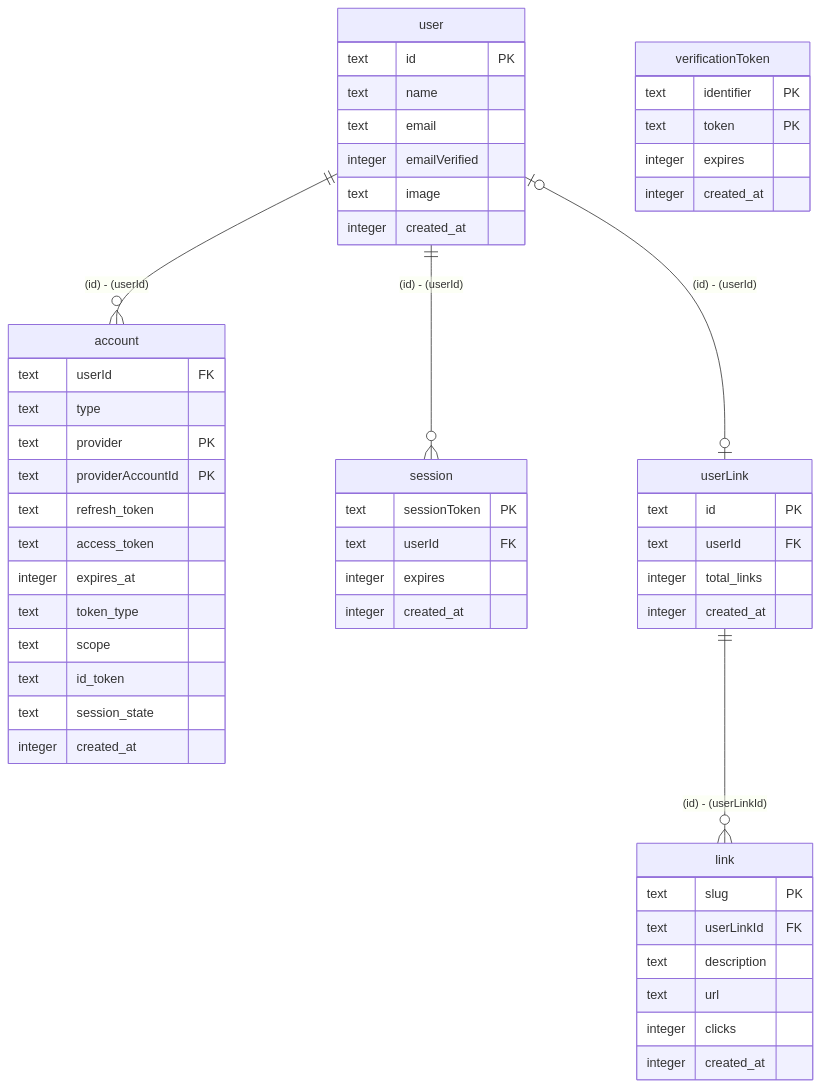
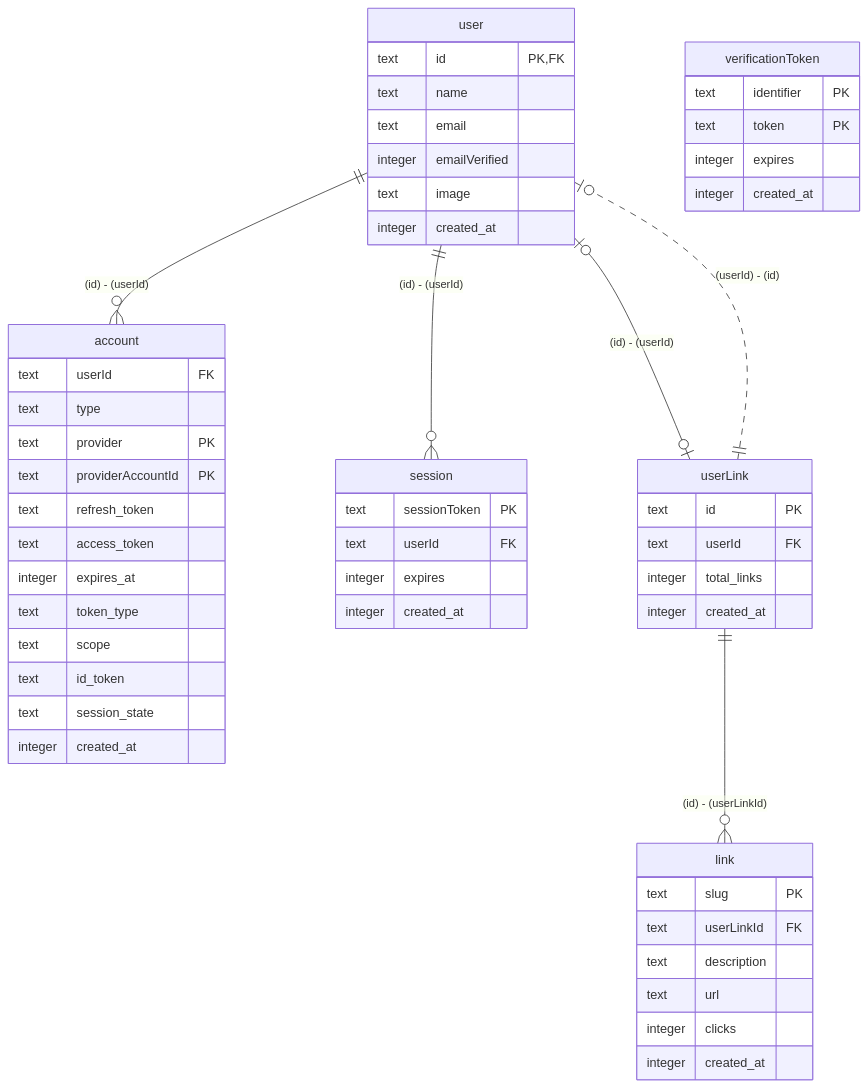
The diagram in apps/cut-it/docs/er.md (nakita628/drizzler-examples), drawn with Mermaid before and after one commit. The commit also changed 439 other files, not shown here.

````diff
--- a/apps/cut-it/docs/er.md
+++ b/apps/cut-it/docs/er.md
@@ -1,55 +1,56 @@
 ```mermaid
 erDiagram
     user ||--o{ account : "(id) - (userId)"
     user ||--o{ session : "(id) - (userId)"
     user |o--o| userLink : "(id) - (userId)"
     userLink ||--o{ link : "(id) - (userLinkId)"
+    userLink ||..o| user : "(userId) - (id)"
     user {
-        text id PK
+        text id PK, FK
         text name
         text email
         integer emailVerified
         text image
         integer created_at
     }
     account {
         text userId FK
         text type
         text provider PK
         text providerAccountId PK
         text refresh_token
         text access_token
         integer expires_at
         text token_type
         text scope
         text id_token
         text session_state
         integer created_at
     }
     session {
         text sessionToken PK
         text userId FK
         integer expires
         integer created_at
     }
     verificationToken {
         text identifier PK
         text token PK
         integer expires
         integer created_at
     }
     userLink {
         text id PK
         text userId FK
         integer total_links
         integer created_at
     }
     link {
         text slug PK
         text userLinkId FK
         text description
         text url
         integer clicks
         integer created_at
     }
 ```
````
